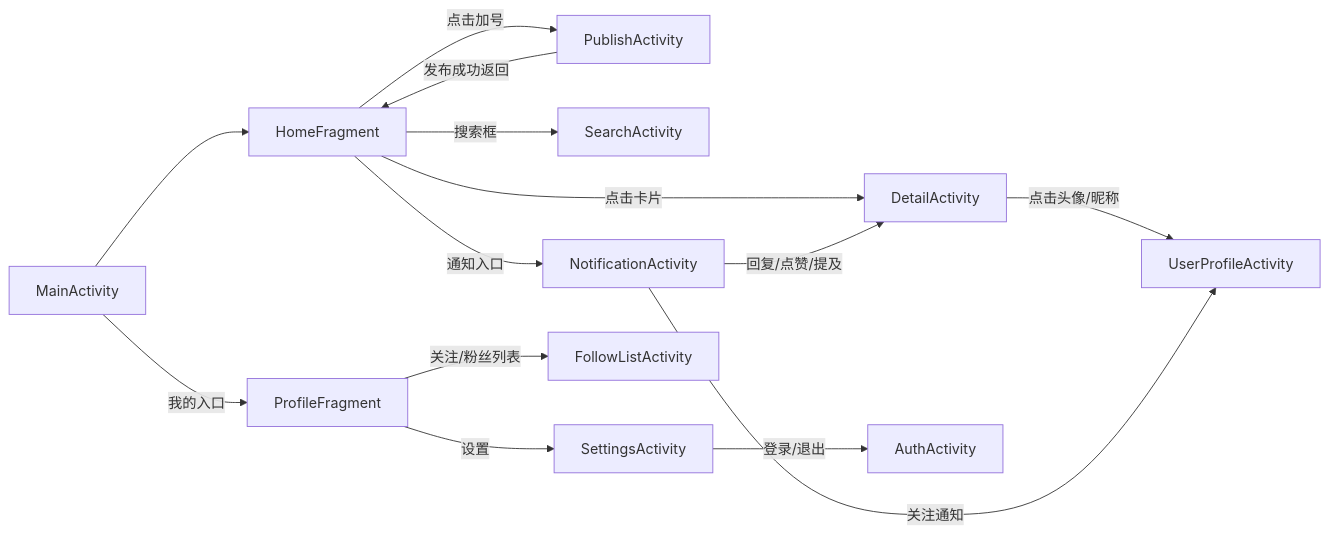
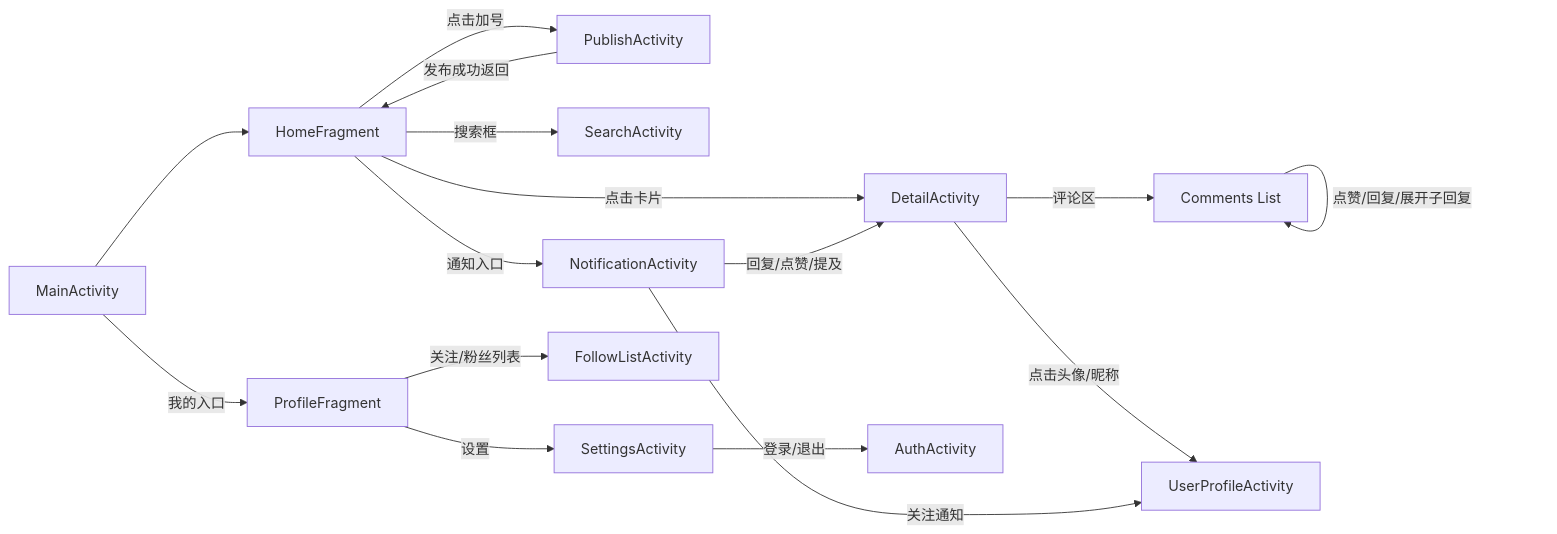
One commit to herbit2004/UGCdemo changed the second of 3 diagrams in README.md. Above: the diagram before and after it, drawn with Mermaid. The commit also changed other lines of this file, not shown here.

````diff
--- a/README.md
+++ b/README.md
@@ -196,31 +208,34 @@
 ```mermaid
 graph LR
     Main[MainActivity]
     Home[HomeFragment]
     Detail[DetailActivity]
+    DetailComments[Comments List]
     Publish[PublishActivity]
     Search[SearchActivity]
     Notify[NotificationActivity]
     Profile[ProfileFragment]
     UProfile[UserProfileActivity]
     Settings[SettingsActivity]
     Auth[AuthActivity]
     FollowList[FollowListActivity]
 
     Main --> Home
     Home -- 点击卡片 --> Detail
     Home -- 点击加号 --> Publish
     Home -- 搜索框 --> Search
     Home -- 通知入口 --> Notify
     Main -- 我的入口 --> Profile
 
     Detail -- 点击头像/昵称 --> UProfile
+    Detail -- 评论区 --> DetailComments
+    DetailComments -- 点赞/回复/展开子回复 --> DetailComments
     Notify -- 关注通知 --> UProfile
     Notify -- 回复/点赞/提及 --> Detail
 
     Profile -- 关注/粉丝列表 --> FollowList
     Profile -- 设置 --> Settings
     Settings -- 登录/退出 --> Auth
 
     Publish -- 发布成功返回 --> Home
 ```
````
